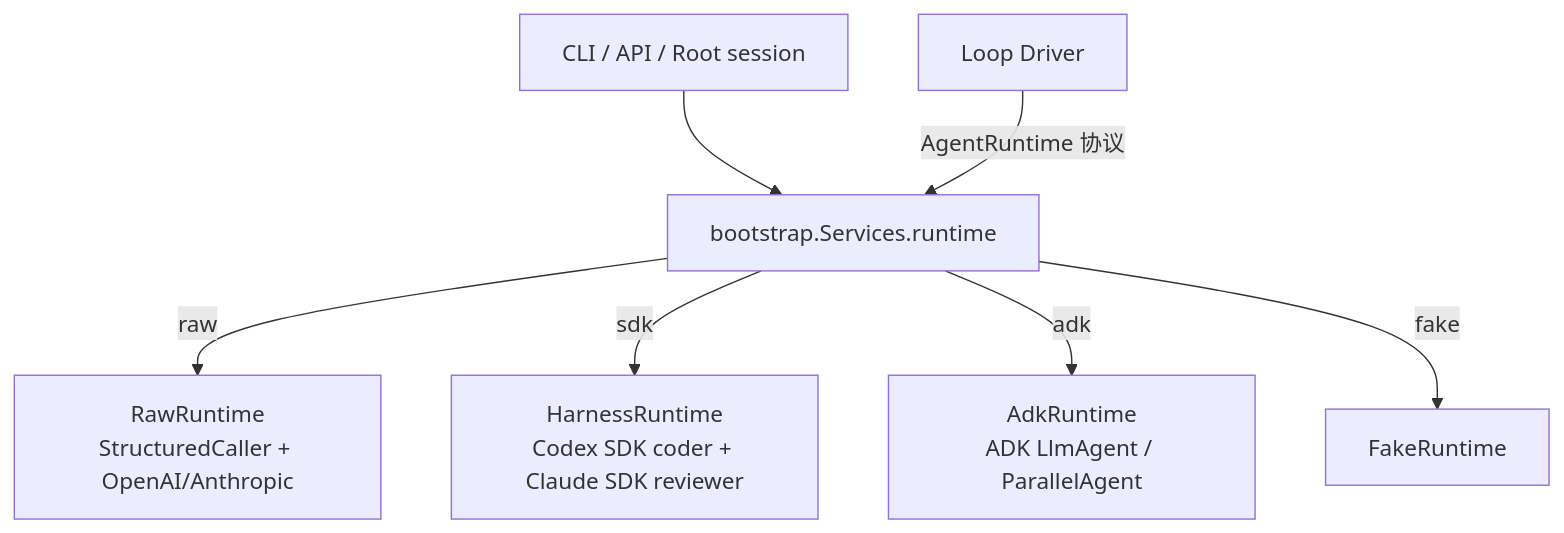
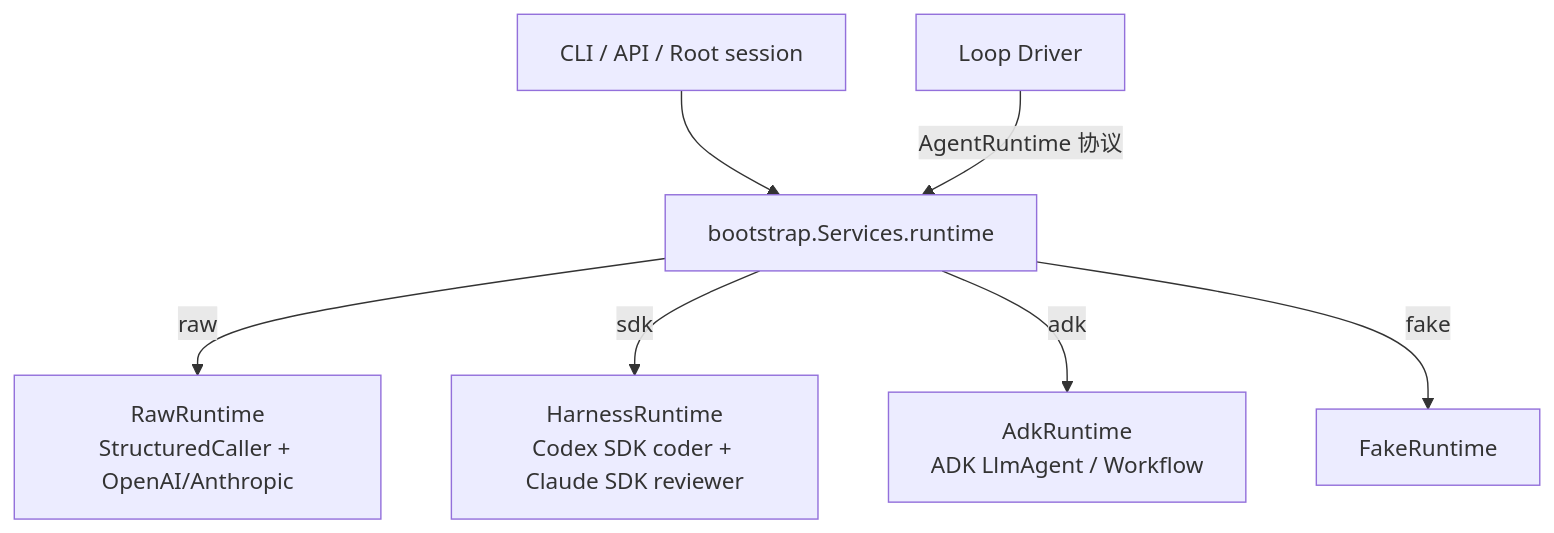
Before and after one commit to Elyon0517/Multi-Agent-Platform: the first of 2 diagrams in docs/ADK_RUNTIME.md, drawn with Mermaid. The commit also changed other lines of this file and 4 other files, not shown here.

First line of the commit message:
Run ADK review panel as one Workflow invocation (P3)

````diff
--- a/docs/ADK_RUNTIME.md
+++ b/docs/ADK_RUNTIME.md
@@ -21,9 +21,9 @@
 ```mermaid
 flowchart TD
   CLI[CLI / API / Root session] --> Boot[bootstrap.Services.runtime]
   Boot -->|raw| Raw[RawRuntime<br>StructuredCaller + OpenAI/Anthropic]
   Boot -->|sdk| Harness[HarnessRuntime<br>Codex SDK coder + Claude SDK reviewer]
-  Boot -->|adk| Adk[AdkRuntime<br>ADK LlmAgent / ParallelAgent]
+  Boot -->|adk| Adk[AdkRuntime<br>ADK LlmAgent / Workflow]
   Boot -->|fake| Fake[FakeRuntime]
   Driver[Loop Driver] -->|AgentRuntime 协议| Boot
 ```
````
